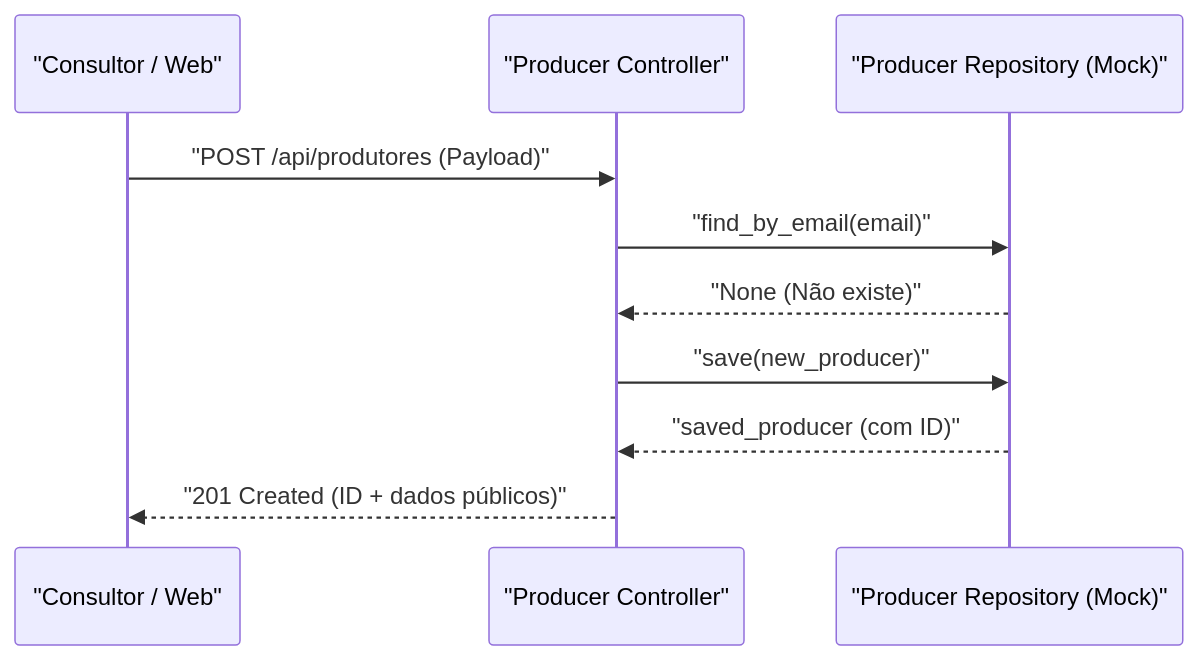
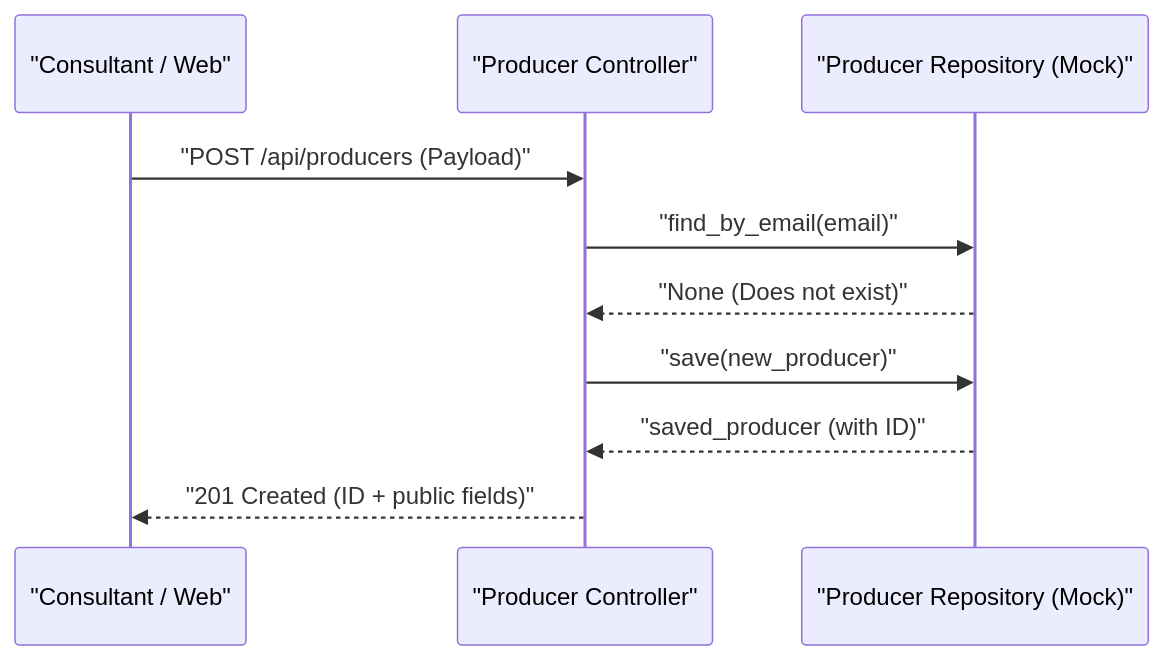
The diagram in skills/plan-sdd/examples/sdd_checkout_example.md (MarcosVeniciu/antigravity-agentic-workflows), drawn with Mermaid before and after one commit. The commit also changed other lines of this file and 57 other files, not shown here.

````diff
--- a/skills/plan-sdd/examples/sdd_checkout_example.md
+++ b/skills/plan-sdd/examples/sdd_checkout_example.md
@@ -17,13 +17,13 @@
 ```mermaid
 sequenceDiagram
-    participant Client as "Consultor / Web"
+    participant Client as "Consultant / Web"
     participant API as "Producer Controller"
     participant Repo as "Producer Repository (Mock)"
     
-    Client->>API: "POST /api/produtores (Payload)"
+    Client->>API: "POST /api/producers (Payload)"
     API->>Repo: "find_by_email(email)"
-    Repo-->>API: "None (Não existe)"
+    Repo-->>API: "None (Does not exist)"
     API->>Repo: "save(new_producer)"
-    Repo-->>API: "saved_producer (com ID)"
-    API-->>Client: "201 Created (ID + dados públicos)"
+    Repo-->>API: "saved_producer (with ID)"
+    API-->>Client: "201 Created (ID + public fields)"
 ```
````
